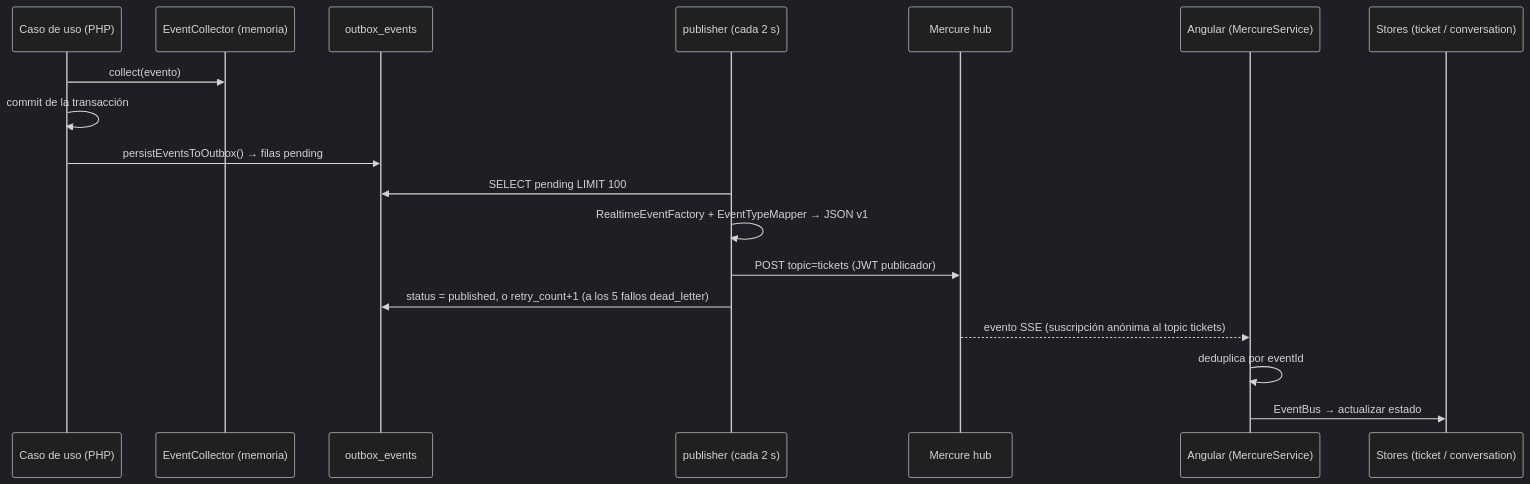
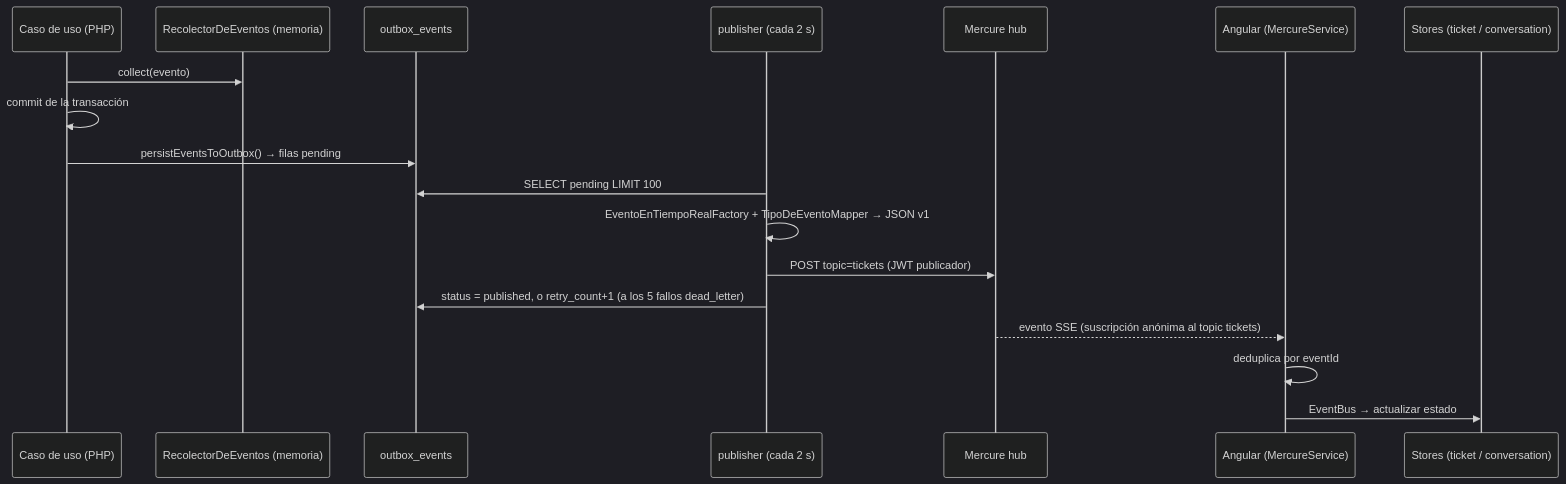
The second of 2 diagrams in docs/02_sistema-actual/02-arquitectura-y-tecnologias.md (giannizeniquel/inbiox), drawn with Mermaid (dark theme) before and after one commit. The commit also changed other lines of this file and 93 other files, not shown here.

````diff
--- a/docs/02_sistema-actual/02-arquitectura-y-tecnologias.md
+++ b/docs/02_sistema-actual/02-arquitectura-y-tecnologias.md
@@ -138,21 +138,21 @@
 ```mermaid
 sequenceDiagram
     participant UC as Caso de uso (PHP)
-    participant EC as EventCollector (memoria)
+    participant EC as RecolectorDeEventos (memoria)
     participant DB as outbox_events
     participant PUB as publisher (cada 2 s)
     participant HUB as Mercure hub
     participant NG as Angular (MercureService)
     participant ST as Stores (ticket / conversation)
 
     UC->>EC: collect(evento)
     UC->>UC: commit de la transacción
     UC->>DB: persistEventsToOutbox() → filas pending
     PUB->>DB: SELECT pending LIMIT 100
-    PUB->>PUB: RealtimeEventFactory + EventTypeMapper → JSON v1
+    PUB->>PUB: EventoEnTiempoRealFactory + TipoDeEventoMapper → JSON v1
     PUB->>HUB: POST topic=tickets (JWT publicador)
     PUB->>DB: status = published, o retry_count+1 (a los 5 fallos dead_letter)
     HUB-->>NG: evento SSE (suscripción anónima al topic tickets)
     NG->>NG: deduplica por eventId
     NG->>ST: EventBus → actualizar estado
 ```
````
